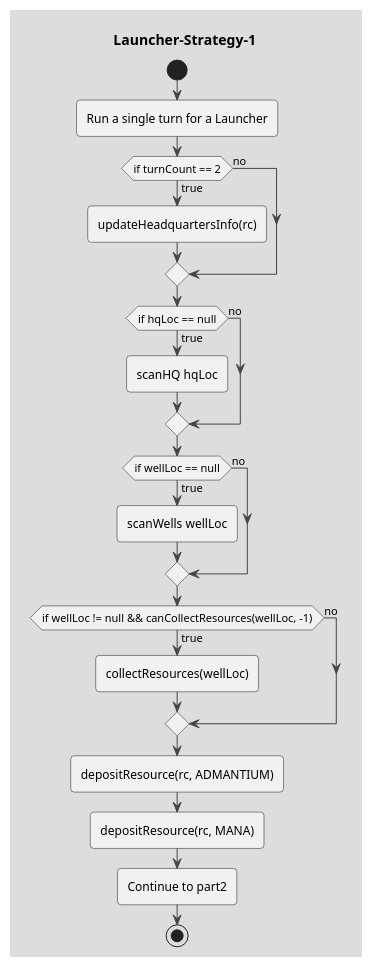
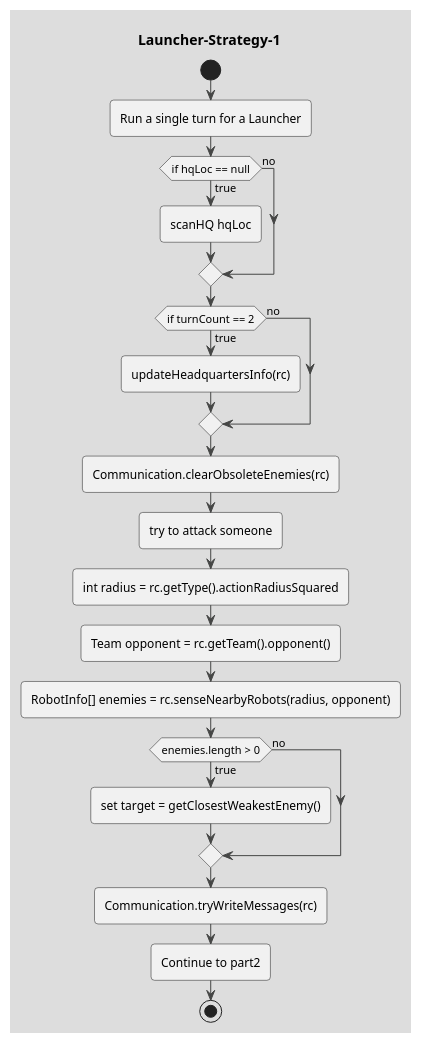
The diagram in drawings/Launcher-Strategy-1.puml (coding-to-music/plantuml-diagram-examples), drawn with PlantUML before and after one commit. The commit also changed other lines of this file and 1 other file, not shown here.

```diff
--- a/drawings/Launcher-Strategy-1.puml
+++ b/drawings/Launcher-Strategy-1.puml
@@ -1,34 +1,40 @@
 @startuml Launcher-Strategy-1
 !theme toy 
 title Launcher-Strategy-1
 start
 
 :Run a single turn for a Launcher; 
 
+if (if hqLoc == null) then (true) 
+    :scanHQ hqLoc; 
+else (no)
+endif
+
 if (if turnCount == 2) then (true) 
     :updateHeadquartersInfo(rc); 
 else (no)
 endif
 
-if (if hqLoc == null) then (true) 
-    :scanHQ hqLoc; 
+:Communication.clearObsoleteEnemies(rc);
+
+' if (if goalLoc == null) then (true) 
+'     :setGoal(rc); 
+' else (no)
+' endif
+
+:try to attack someone;
+
+:int radius = rc.getType().actionRadiusSquared;
+:Team opponent = rc.getTeam().opponent();
+:RobotInfo[] enemies = rc.senseNearbyRobots(radius, opponent);
+
+if (enemies.length > 0) then (true)
+    :set target = getClosestWeakestEnemy(); 
 else (no)
 endif
 
-if (if wellLoc == null) then (true) 
-    :scanWells wellLoc; 
-else (no)
-endif
-
-if (if wellLoc != null && canCollectResources(wellLoc, -1)) then (true) 
-    :collectResources(wellLoc); 
-else (no)
-endif
-
-:depositResource(rc, ADMANTIUM); 
-
-:depositResource(rc, MANA); 
+:Communication.tryWriteMessages(rc);
 
 :Continue to part2; 
 stop
 @enduml
```
